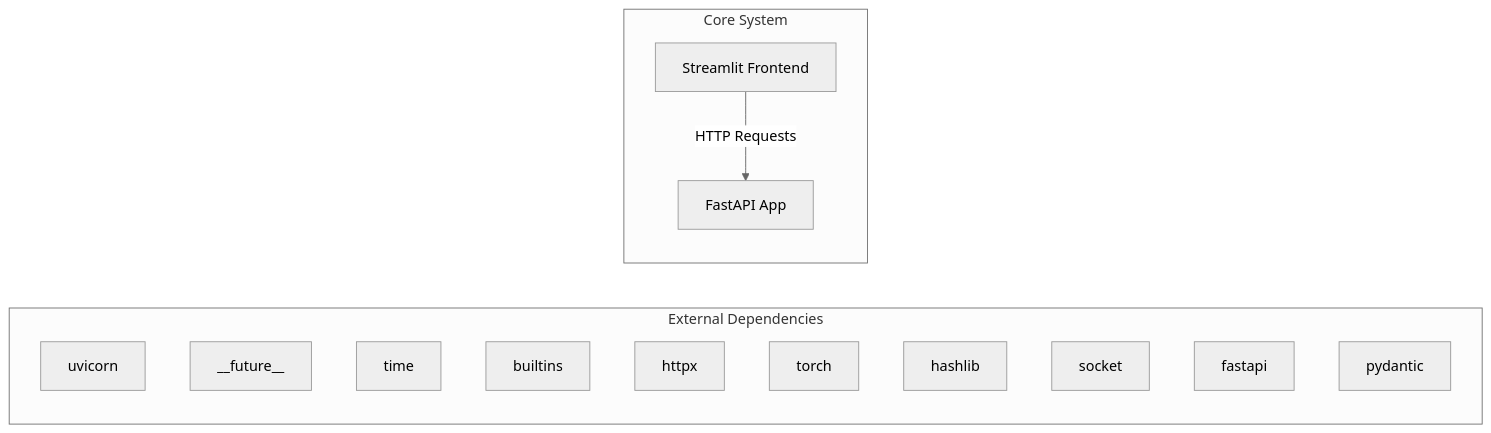
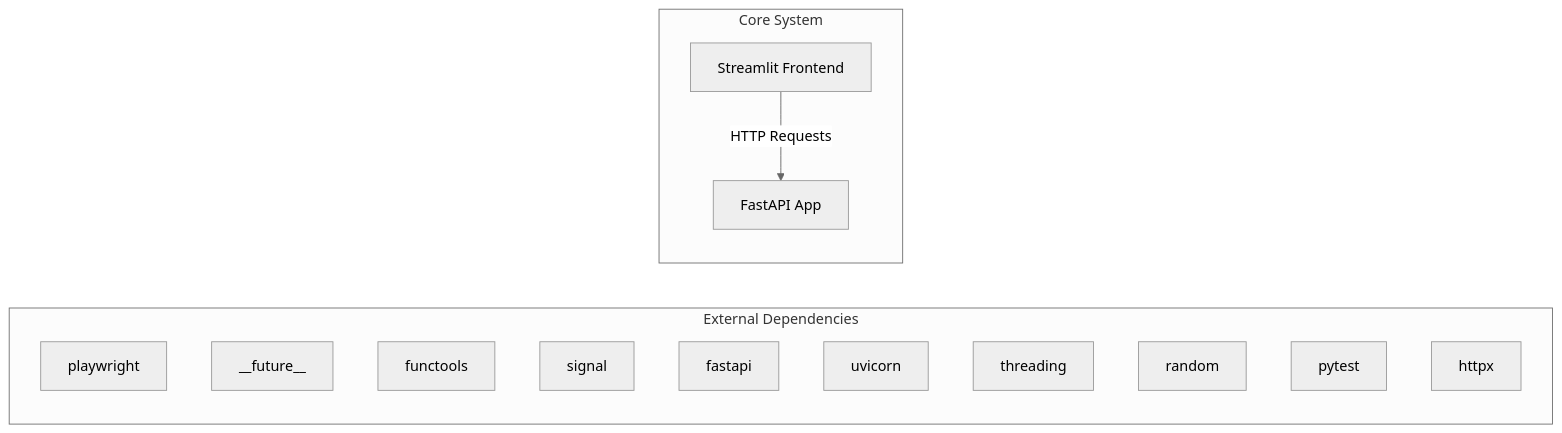
One commit to NITISH-R-G/rag-context-optimizer changed the first of 2 diagrams in docs/architecture.md. Above: the diagram before and after it, drawn with Mermaid (neutral theme). The commit also changed 1 other file, not shown here.

Commit message:
docs: auto-update repository knowledge, architecture diagrams, and documentation

````diff
--- a/docs/architecture.md
+++ b/docs/architecture.md
@@ -7,20 +7,20 @@
 ```mermaid
 graph LR
     subgraph External Dependencies
-        E0["uvicorn"]
+        E0["playwright"]
         E1["__future__"]
-        E2["time"]
-        E3["builtins"]
-        E4["httpx"]
-        E5["torch"]
-        E6["hashlib"]
-        E7["socket"]
-        E8["fastapi"]
-        E9["pydantic"]
+        E2["functools"]
+        E3["signal"]
+        E4["fastapi"]
+        E5["uvicorn"]
+        E6["threading"]
+        E7["random"]
+        E8["pytest"]
+        E9["httpx"]
     end
     subgraph Core System
         API["FastAPI App"]
         UI["Streamlit Frontend"]
     end
     UI -->|HTTP Requests| API
 ```
````
